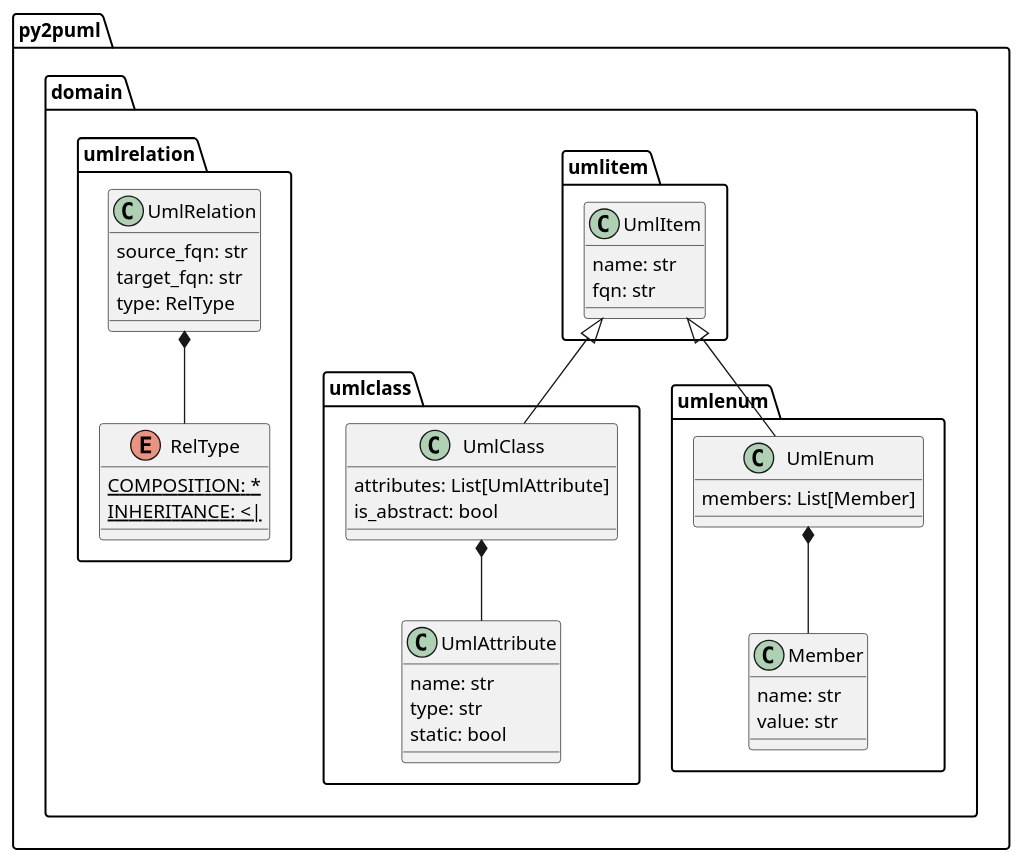
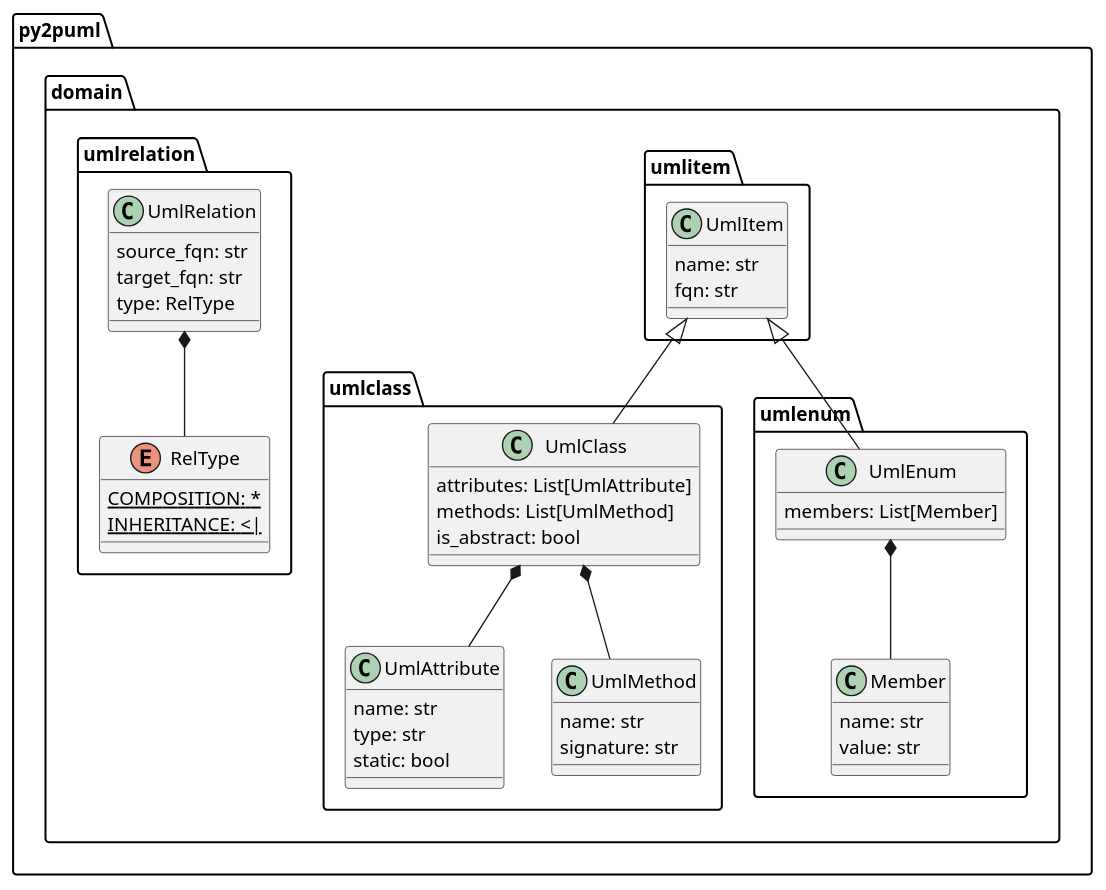
Before and after one commit to lucsorel/py2puml: the diagram in py2puml/py2puml.domain.puml, drawn with PlantUML. The commit also changed 4 other files, not shown here.

```diff
--- a/py2puml/py2puml.domain.puml
+++ b/py2puml/py2puml.domain.puml
@@ -1,36 +1,42 @@
 @startuml
 class py2puml.domain.umlclass.UmlAttribute {
   name: str
   type: str
   static: bool
 }
 class py2puml.domain.umlclass.UmlClass {
   attributes: List[UmlAttribute]
+  methods: List[UmlMethod]
   is_abstract: bool
 }
 class py2puml.domain.umlitem.UmlItem {
   name: str
   fqn: str
+}
+class py2puml.domain.umlclass.UmlMethod {
+  name: str
+  signature: str
 }
 class py2puml.domain.umlenum.Member {
   name: str
   value: str
 }
 class py2puml.domain.umlenum.UmlEnum {
   members: List[Member]
 }
 enum py2puml.domain.umlrelation.RelType {
   COMPOSITION: * {static}
   INHERITANCE: <| {static}
 }
 class py2puml.domain.umlrelation.UmlRelation {
   source_fqn: str
   target_fqn: str
   type: RelType
 }
 py2puml.domain.umlclass.UmlClass *-- py2puml.domain.umlclass.UmlAttribute
+py2puml.domain.umlclass.UmlClass *-- py2puml.domain.umlclass.UmlMethod
 py2puml.domain.umlitem.UmlItem <|-- py2puml.domain.umlclass.UmlClass
 py2puml.domain.umlenum.UmlEnum *-- py2puml.domain.umlenum.Member
 py2puml.domain.umlitem.UmlItem <|-- py2puml.domain.umlenum.UmlEnum
 py2puml.domain.umlrelation.UmlRelation *-- py2puml.domain.umlrelation.RelType
 @enduml
```
